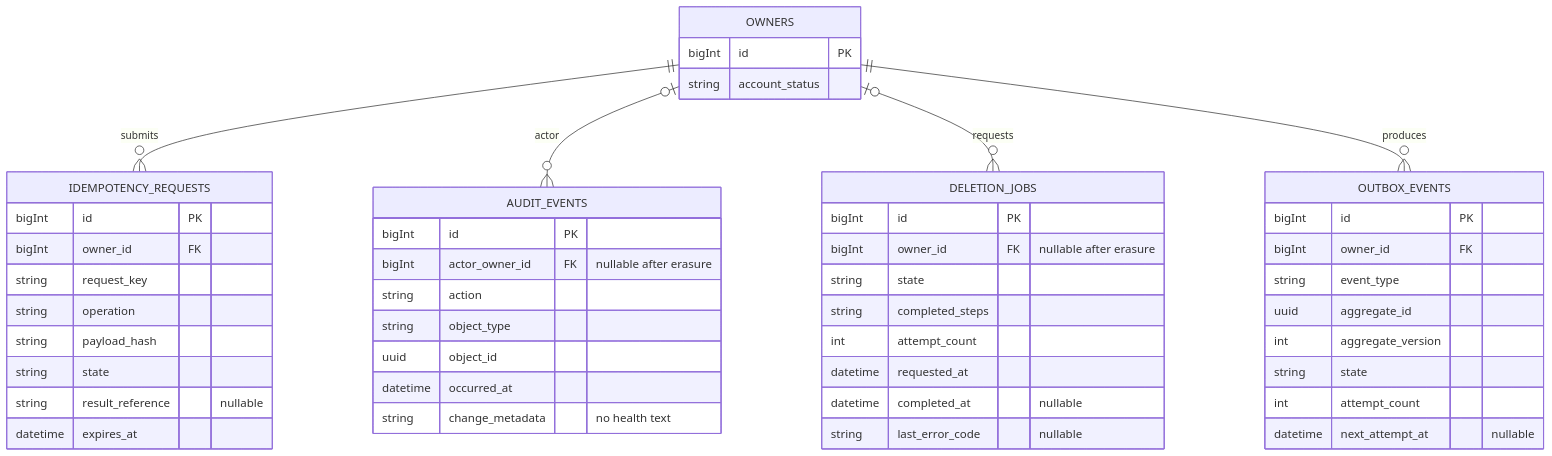
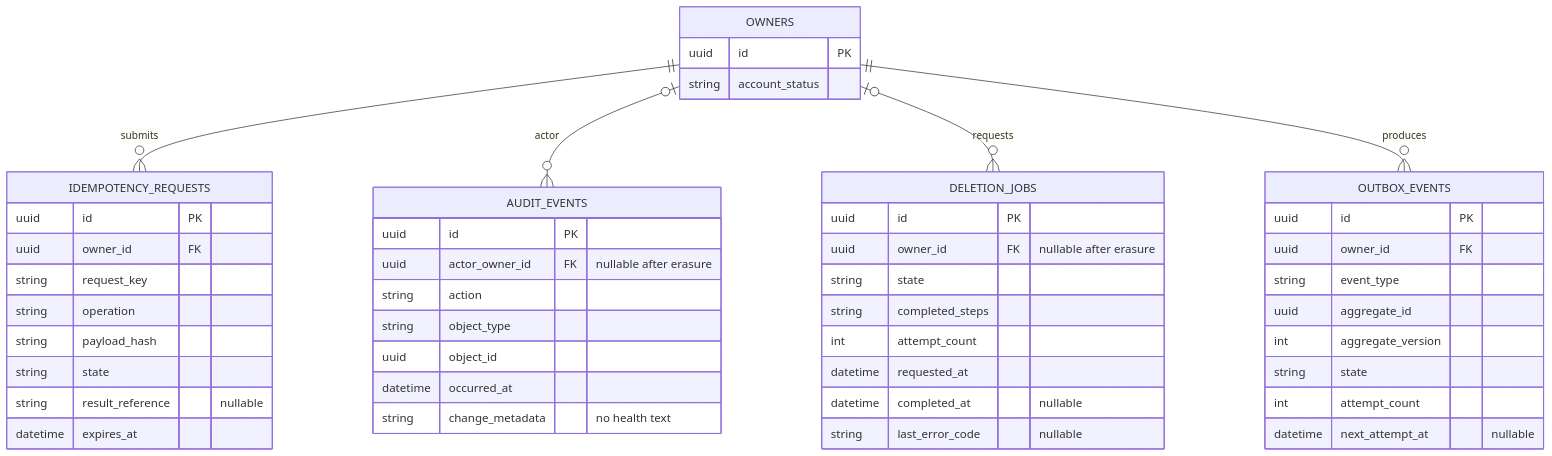
One commit to bernardlewiscardona/PawCare changed the fifth of 13 diagrams in docs/design/erd-and-flows.md. Above: the diagram before and after it, drawn with Mermaid. The commit also changed other lines of this file and 17 other files, not shown here.

First line of the commit message:
SETUP-01: Add ERD database schema and baseline migration

````diff
--- a/docs/design/erd-and-flows.md
+++ b/docs/design/erd-and-flows.md
@@ -403,51 +431,51 @@
 ```mermaid
 erDiagram
     direction TB
     OWNERS ||--o{ IDEMPOTENCY_REQUESTS : submits
     OWNERS o|--o{ AUDIT_EVENTS : actor
     OWNERS o|--o{ DELETION_JOBS : requests
     OWNERS ||--o{ OUTBOX_EVENTS : produces
     OWNERS {
-        bigInt id PK
+        uuid id PK
         string account_status
     }
     IDEMPOTENCY_REQUESTS {
-        bigInt id PK
-        bigInt owner_id FK
+        uuid id PK
+        uuid owner_id FK
         string request_key
         string operation
         string payload_hash
         string state
         string result_reference "nullable"
         datetime expires_at
     }
     AUDIT_EVENTS {
-        bigInt id PK
-        bigInt actor_owner_id FK "nullable after erasure"
+        uuid id PK
+        uuid actor_owner_id FK "nullable after erasure"
         string action
         string object_type
         uuid object_id
         datetime occurred_at
         string change_metadata "no health text"
     }
     OUTBOX_EVENTS {
-        bigInt id PK
-        bigInt owner_id FK
+        uuid id PK
+        uuid owner_id FK
         string event_type
         uuid aggregate_id
         int aggregate_version
         string state
         int attempt_count
         datetime next_attempt_at "nullable"
     }
     DELETION_JOBS {
-        bigInt id PK
-        bigInt owner_id FK "nullable after erasure"
+        uuid id PK
+        uuid owner_id FK "nullable after erasure"
         string state
         string completed_steps
         int attempt_count
         datetime requested_at
         datetime completed_at "nullable"
         string last_error_code "nullable"
     }
 ```
````
